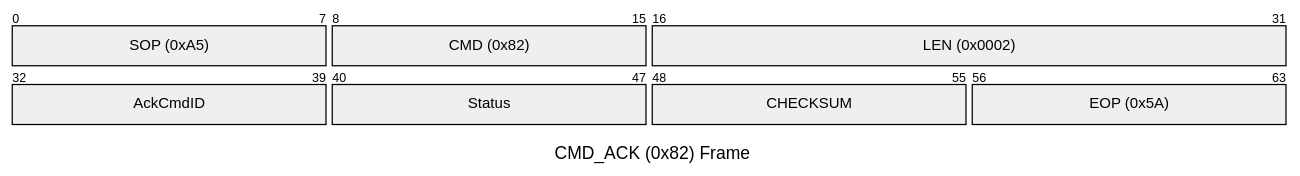
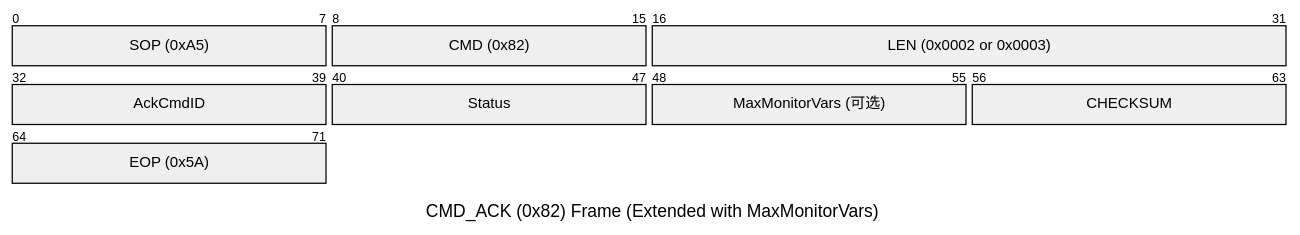
The eighth of 13 diagrams in aresplot.md (CaptainKAZ/web-serial-plotter), drawn with Mermaid before and after one commit. The commit also changed other lines of this file and 7 other files, not shown here.

First line of the commit message:
feat: dynamic max monitor vars via extended ACK protocol

````diff
--- a/aresplot.md
+++ b/aresplot.md
@@ -228,13 +228,14 @@
     ```mermaid
     ---
-    title: CMD_ACK (0x82) Frame
+    title: CMD_ACK (0x82) Frame (Extended with MaxMonitorVars)
     ---
     packet-beta
         0-7: "SOP (0xA5)"
         8-15: "CMD (0x82)"
-        16-31: "LEN (0x0002)"
+        16-31: "LEN (0x0002 or 0x0003)"
         32-39: "AckCmdID"
         40-47: "Status"
-        48-55: "CHECKSUM"
-        56-63: "EOP (0x5A)"
+        48-55: "MaxMonitorVars (可选)"
+        56-63: "CHECKSUM"
+        64-71: "EOP (0x5A)"
     ```
````
